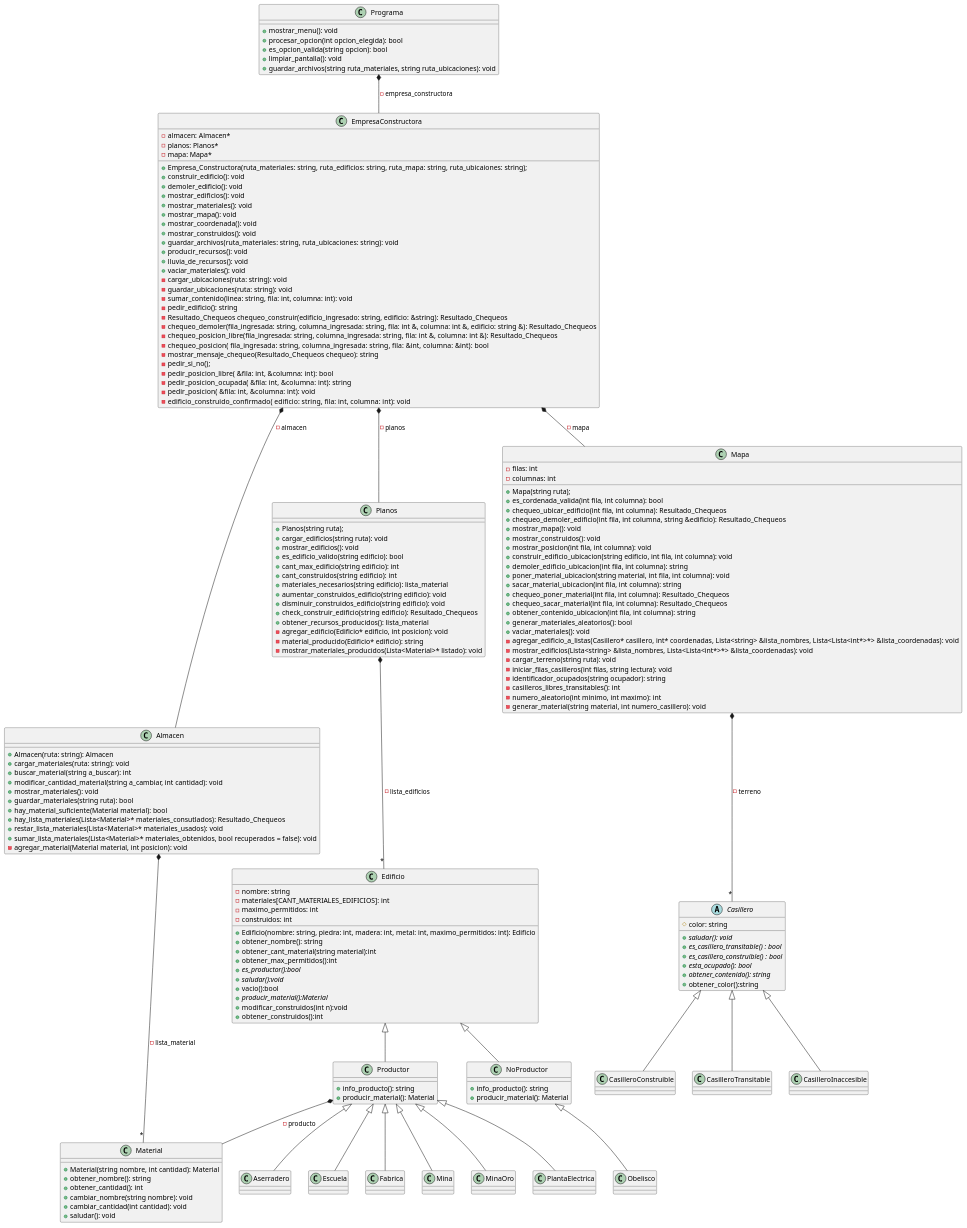
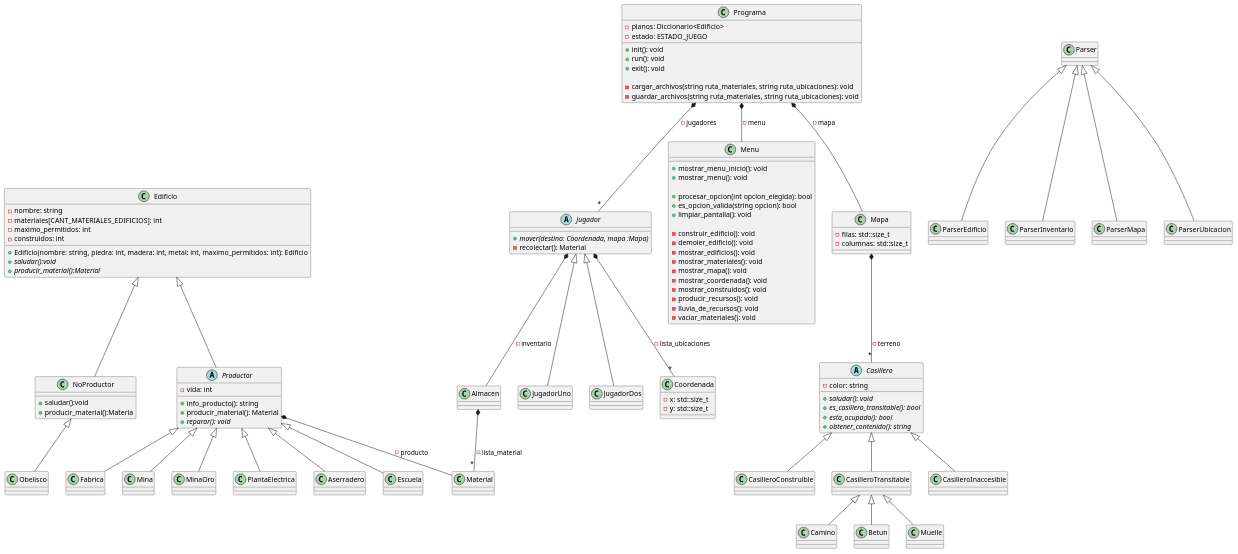
One commit to jab227/TP3_Andypolis changed the diagram in TP3.wsd. Above: the diagram before and after it, drawn with PlantUML. The commit also changed 2 other files, not shown here.

Commit message:
Diagrama de Clases TP3

```diff
--- a/TP3.wsd
+++ b/TP3.wsd
@@ -1,180 +1,147 @@
 @startuml TP3_PerfectCell
 ' Pueden utilizar https://plantuml-editor.kkeisuke.com/ para copiar y pegar el codigo. 
 ' La pagina tiene cheatsheet para ver la sintaxis. 
 skinparam SequenceMessageAlignment center
+
+'Los getters y setter no pongo porque molestas.
+' Por ahora solo pondre metodos abstractos o metodos importantes de ubicar.
 class Almacen{
-    + Almacen(ruta: string): Almacen
-    + cargar_materiales(ruta: string): void
- 	+ buscar_material(string a_buscar): int
-    + modificar_cantidad_material(string a_cambiar, int cantidad): void
-	+ mostrar_materiales(): void 
-    + guardar_materiales(string ruta): bool
-    + hay_material_suficiente(Material material): bool
-    + hay_lista_materiales(Lista<Material>* materiales_consutlados): Resultado_Chequeos
-    + restar_lista_materiales(Lista<Material>* materiales_usados): void
- 	+ sumar_lista_materiales(Lista<Material>* materiales_obtenidos, bool recuperados = false): void
-    - agregar_material(Material material, int posicion): void
+}
+
+abstract class Casillero{
+	- color: string
+ 	+ {abstract} saludar(): void
+ 	+ {abstract} es_casillero_transitable(): bool
+	+ {abstract} esta_ocupado(): bool
+	+ {abstract} obtener_contenido(): string
 
 }
 
-abstract class Casillero{
-	 # color: string
- 	+ {abstract} saludar(): void
- 	+ {abstract} es_casillero_transitable() : bool
- 	+ {abstract} es_casillero_construible() : bool
-	+ {abstract} esta_ocupado(): bool
-	+ {abstract} obtener_contenido(): string
- 	+ obtener_color():string
+class Coordenada{
+	- x: std::size_t
+	- y: std::size_t
 }
 
 class Edificio{
 	- nombre: string
     - materiales[CANT_MATERIALES_EDIFICIOS]: int
 	- maximo_permitidos: int
 	- construidos: int
 
  	+ Edificio(nombre: string, piedra: int, madera: int, metal: int, maximo_permitidos: int): Edificio
-    + obtener_nombre(): string
-	+ obtener_cant_material(string material):int
-    + obtener_max_permitidos():int
-	+ {abstract} es_productor():bool
-    + {abstract} saludar():void
-    + vacio():bool
+	+ {abstract} saludar():void
 	+ {abstract} producir_material():Material
-	+ modificar_construidos(int n):void
-    + obtener_construidos():int
+
 
 }
-class EmpresaConstructora{
-    - almacen: Almacen*
-    - planos: Planos*
-	- mapa: Mapa*
-	+Empresa_Constructora(ruta_materiales: string, ruta_edificios: string, ruta_mapa: string, ruta_ubicaiones: string);
-	+ construir_edificio(): void
-    + demoler_edificio(): void
-	+ mostrar_edificios(): void
-	+ mostrar_materiales(): void
-	+ mostrar_mapa(): void
-	+ mostrar_coordenada(): void
-	+ mostrar_construidos(): void
-	+ guardar_archivos(ruta_materiales: string, ruta_ubicaciones: string): void
-    + producir_recursos(): void
-    + lluvia_de_recursos(): void
-    + vaciar_materiales(): void
-    -cargar_ubicaciones(ruta: string): void
-	-guardar_ubicaciones(ruta: string): void
-    -sumar_contenido(linea: string, fila: int, columna: int): void
-	-pedir_edificio(): string
-	-Resultado_Chequeos chequeo_construir(edificio_ingresado: string, edificio: &string): Resultado_Chequeos 
-	-chequeo_demoler(fila_ingresada: string, columna_ingresada: string, fila: int &, columna: int &, edificio: string &): Resultado_Chequeos
-	-chequeo_posicion_libre(fila_ingresada: string, columna_ingresada: string, fila: int &, columna: int &): Resultado_Chequeos
-	-chequeo_posicion( fila_ingresada: string,  columna_ingresada: string,  fila: &int, columna: &int): bool
-	-mostrar_mensaje_chequeo(Resultado_Chequeos chequeo): string
-	-pedir_si_no();
-	-pedir_posicion_libre( &fila: int,  &columna: int): bool
-	-pedir_posicion_ocupada( &fila: int,  &columna: int): string
-	-pedir_posicion( &fila: int,  &columna: int): void
-    -edificio_construido_confirmado( edificio: string,  fila: int,  columna: int): void
+'Menu?
+class Menu{
+	+ mostrar_menu_inicio(): void
+	+ mostrar_menu(): void
+
+	+ procesar_opcion(int opcion_elegida): bool
+	+ es_opcion_valida(string opcion): bool
+	+ limpiar_pantalla(): void
+
+	- construir_edificio(): void
+    - demoler_edificio(): void
+	- mostrar_edificios(): void
+	- mostrar_materiales(): void
+	- mostrar_mapa(): void
+	- mostrar_coordenada(): void
+	- mostrar_construidos(): void
+    - producir_recursos(): void
+    - lluvia_de_recursos(): void
+    - vaciar_materiales(): void
+
 }
-class Planos{
-    + Planos(string ruta);
-	+  cargar_edificios(string ruta): void
- 	+  mostrar_edificios(): void
-	+  es_edificio_valido(string edificio): bool
-	+  cant_max_edificio(string edificio): int
-    +  cant_construidos(string edificio): int
-    +  materiales_necesarios(string edificio): lista_material
-	+ aumentar_construidos_edificio(string edificio): void
-	+ disminuir_construidos_edificio(string edificio): void
-	+ check_construir_edificio(string edificio): Resultado_Chequeos
-	+ obtener_recursos_producidos(): lista_material
-	- agregar_edificio(Edificio* edificio, int posicion): void
-	- material_producido(Edificio* edificio): string
-	- mostrar_materiales_producidos(Lista<Material>* listado): void
+class Programa{
+    - planos: Diccionario<Edificio>
+	- estado: ESTADO_JUEGO
+	
+	+ init(): void
+	+ run(): void
+	+ exit(): void
+
+	- cargar_archivos(string ruta_materiales, string ruta_ubicaciones): void
+	- guardar_archivos(string ruta_materiales, string ruta_ubicaciones): void
+
 }
 
 class Mapa{
-	- filas: int
-    - columnas: int
-
-	+Mapa(string ruta);
-    +es_cordenada_valida(int fila, int columna): bool
-    + chequeo_ubicar_edificio(int fila, int columna): Resultado_Chequeos
-	+ chequeo_demoler_edificio(int fila, int columna, string &edificio): Resultado_Chequeos
-    + mostrar_mapa(): void
-    + mostrar_construidos(): void
-	+ mostrar_posicion(int fila, int columna): void
-	+ construir_edificio_ubicacion(string edificio, int fila, int columna): void
-    + demoler_edificio_ubicacion(int fila, int columna): string
-    + poner_material_ubicacion(string material, int fila, int columna): void
-    + sacar_material_ubicacion(int fila, int columna): string
-	+ chequeo_poner_material(int fila, int columna): Resultado_Chequeos
-	+ chequeo_sacar_material(int fila, int columna): Resultado_Chequeos
-	+ obtener_contenido_ubicacion(int fila, int columna): string
-	+ generar_materiales_aleatorios(): bool
-	+ vaciar_materiales(): void
-    - agregar_edificio_a_listas(Casillero* casillero, int* coordenadas, Lista<string> &lista_nombres, Lista<Lista<int*>*> &lista_coordenadas): void
-	- mostrar_edificios(Lista<string> &lista_nombres, Lista<Lista<int*>*> &lista_coordenadas): void
-	- cargar_terreno(string ruta): void
-	- iniciar_filas_casilleros(int filas, string lectura): void
-	- identificador_ocupados(string ocupador): string
-	- casilleros_libres_transitables(): int
-	- numero_aleatorio(int minimo, int maximo): int
-	- generar_material(string material, int numero_casillero): void
+	- filas: std::size_t
+    - columnas: std::size_t
 }
 
 class Material{
-	+ Material(string nombre, int cantidad): Material
-	+ obtener_nombre(): string
-	+ obtener_cantidad(): int
-	+ cambiar_nombre(string nombre): void
-	+ cambiar_cantidad(int cantidad): void
-	+ saludar(): void
 }
 
-class Programa{
-	+ mostrar_menu(): void
-	+ procesar_opcion(int opcion_elegida): bool
-	+ es_opcion_valida(string opcion): bool
-	+ limpiar_pantalla(): void
-	+ guardar_archivos(string ruta_materiales, string ruta_ubicaciones): void
+'TODO: 'Hacer abstractas
+abstract class Productor{
+	- vida: int
+
+	+ info_producto(): string
+    + producir_material(): Material
+	+ {abstract} reparar(): void
+}
+class NoProductor{
+    + saludar():void
+	+ producir_material():Materia
 }
 
-class Productor{
-	+ info_producto(): string
-    + producir_material(): Material
-}
-class NoProductor{
-	+ info_producto(): string
-    + producir_material(): Material
+
+abstract class Jugador{
+	+ {abstract} mover(destino: Coordenada, mapa :Mapa)
+	- recolectar(): Material
 }
 
+class Parser{}
+class ParserEdificio{}
+class ParserInventario{}
+class ParserMapa{}
+class ParserUbicacion{}
+
 ' RELACIONES '
-Programa *-- EmpresaConstructora: - empresa_constructora
-
-EmpresaConstructora *-- Planos: - planos
-EmpresaConstructora *-- Almacen: - almacen
-EmpresaConstructora *-- Mapa: - mapa
-
+Programa *-- Menu: - menu
+Programa *-- Mapa: - mapa
+Programa *--"*" Jugador: -jugadores
 Almacen *--"*" Material: - lista_material
-Planos *--"*" Edificio: - lista_edificios
 Mapa *--"*" Casillero: - terreno
 
 Casillero <|-- CasilleroConstruible
 Casillero <|-- CasilleroTransitable
 Casillero <|-- CasilleroInaccesible
 
+CasilleroTransitable <|-- Camino
+CasilleroTransitable <|-- Betun
+CasilleroTransitable <|-- Muelle
+
+
+Edificio <|-- Productor
 Edificio <|-- NoProductor
-Edificio <|-- Productor
+
+NoProductor <|-- Obelisco
 
 Productor *-- Material: - producto
 
 Productor <|-- Aserradero
 Productor <|-- Escuela
 Productor <|-- Fabrica
 Productor <|-- Mina
 Productor <|-- MinaOro
 Productor <|-- PlantaElectrica
-NoProductor <|-- Obelisco
+
+Parser <|-- ParserEdificio
+Parser <|-- ParserUbicacion
+Parser <|-- ParserMapa
+Parser <|-- ParserInventario
+
+Jugador <|-- JugadorUno
+Jugador <|-- JugadorDos 
+
+Jugador *-- Almacen: - inventario
+Jugador *--"*" Coordenada: - lista_ubicaciones
+'InfoEdificio ??
+'Mapaedificio ??
 
 @enduml
```
